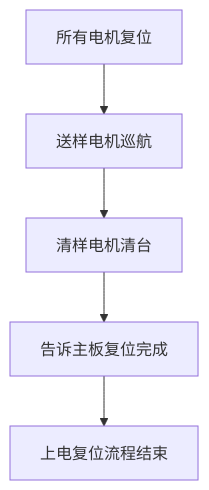
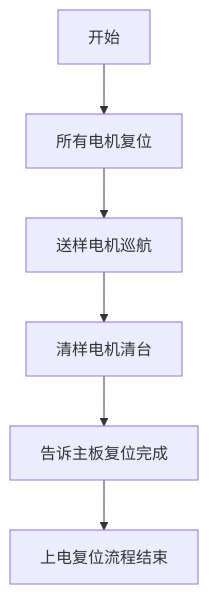
One commit to darwinstudio/test changed the second of 3 diagrams in 移送样模块.md. Above: the diagram before and after it, drawn with Mermaid. The commit also changed other lines of this file, not shown here.

```diff
--- a/移送样模块.md
+++ b/移送样模块.md
@@ -120,4 +116,4 @@
 ~~~mermaid
 graph TD
-所有电机复位--> 送样电机巡航--> 清样电机清台-->告诉主板复位完成-->上电复位流程结束;
+开始-->所有电机复位--> 送样电机巡航--> 清样电机清台-->告诉主板复位完成-->上电复位流程结束;
 ~~~
```
